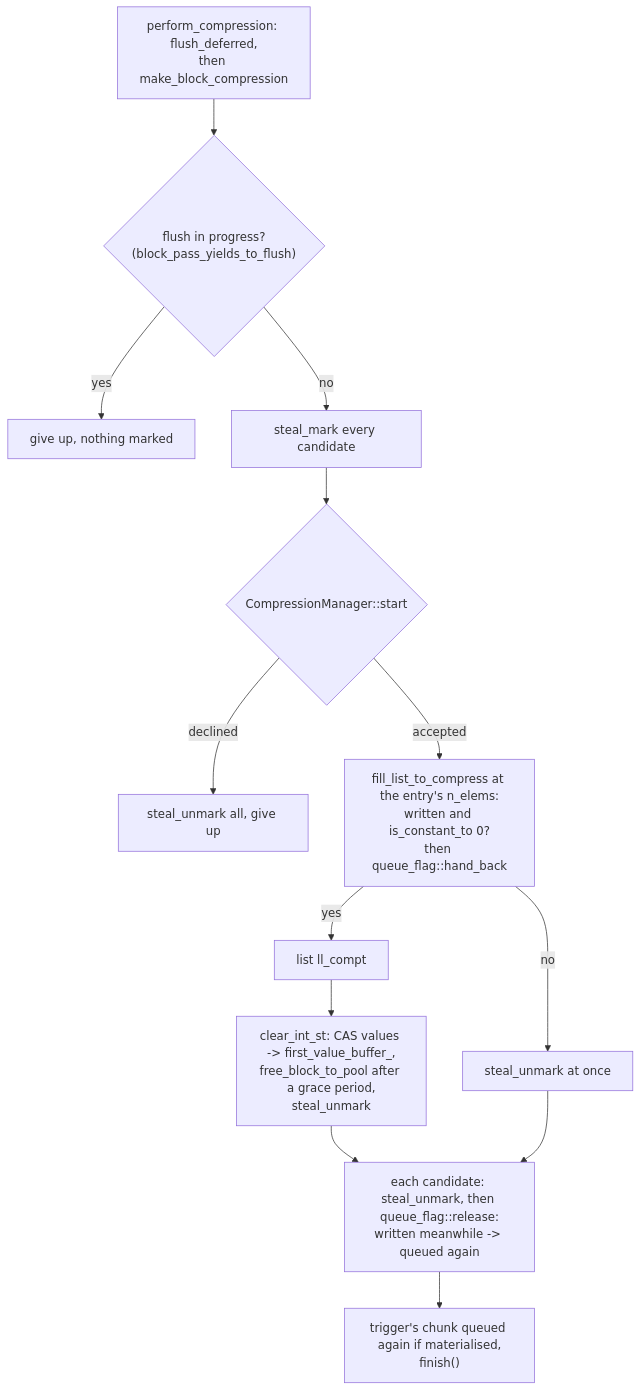
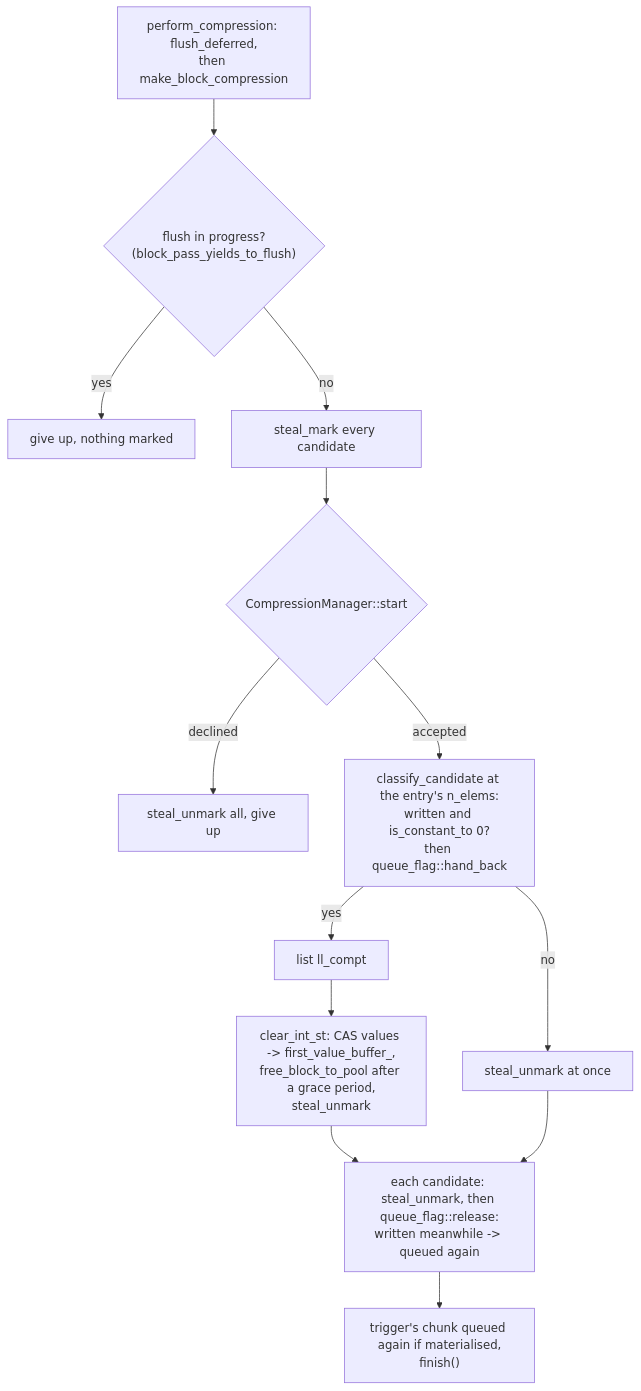
Before and after one commit to cea-hpc/shrink-array: the second of 2 diagrams in docs/algo_zero.md, drawn with Mermaid. The commit also changed other lines of this file and 71 other files, not shown here.

First line of the commit message:
The *_to_compress* and const1/const2 names are the candidate and first/second-value names

````diff
--- a/docs/algo_zero.md
+++ b/docs/algo_zero.md
@@ -122,15 +122,15 @@
 ```mermaid
 flowchart TD
     A["perform_compression: flush_deferred,<br/>then make_block_compression"] --> B{"flush in progress?<br/>(block_pass_yields_to_flush)"}
     B -->|yes| B1["give up, nothing marked"]
     B -->|no| C["steal_mark every candidate"]
     C --> D{"CompressionManager::start"}
     D -->|declined| D1["steal_unmark all, give up"]
-    D -->|accepted| E["fill_list_to_compress at the entry's n_elems:<br/>written and is_constant_to 0?<br/>then queue_flag::hand_back"]
+    D -->|accepted| E["classify_candidate at the entry's n_elems:<br/>written and is_constant_to 0?<br/>then queue_flag::hand_back"]
     E -->|yes| F["list ll_compt"]
     E -->|no| G["steal_unmark at once"]
     F --> H["clear_int_st: CAS values -> first_value_buffer_,<br/>free_block_to_pool after a grace period,<br/>steal_unmark"]
     H --> I["each candidate: steal_unmark, then queue_flag::release:<br/>written meanwhile -> queued again"]
     G --> I
     I --> J["trigger's chunk queued again if materialised,<br/>finish()"]
 ```
````
